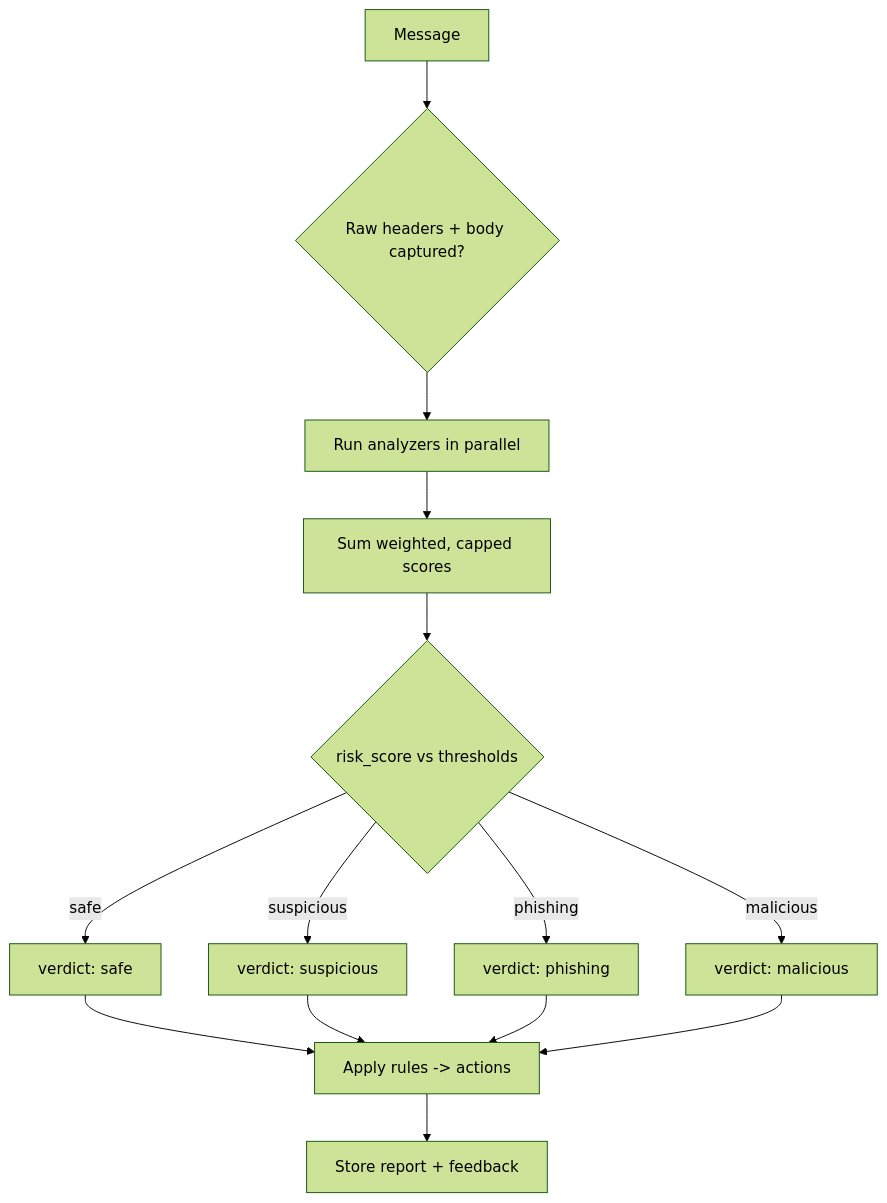
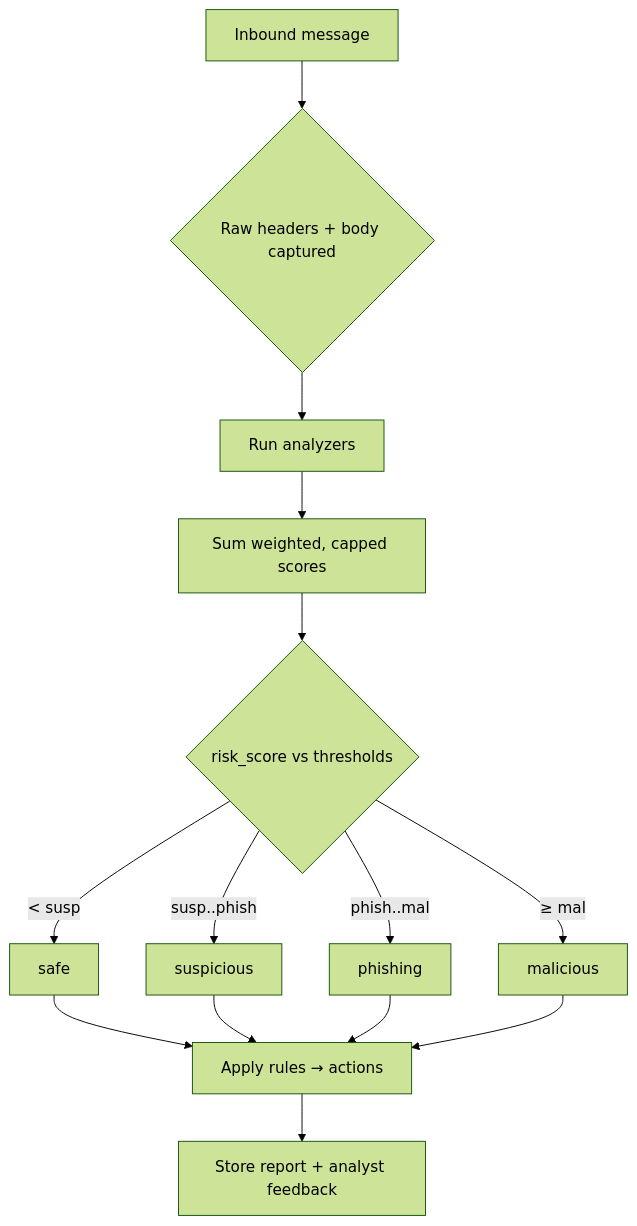
One commit to iampopg/PhishGuard changed the second of 2 diagrams in README.md. Above: the diagram before and after it, drawn with Mermaid (forest theme). The commit also changed other lines of this file and 1 other file, not shown here.

Commit message:
Rewrite README (detailed, diagrams, MIT license) + footer 'Star this project on GitHub'

````diff
--- a/README.md
+++ b/README.md
@@ -87,13 +139,13 @@
 ```mermaid
 flowchart TD
-  M[Message] --> H{Raw headers + body captured?}
-  H --> AZ[Run analyzers in parallel]
+  M[Inbound message] --> C{Raw headers + body captured}
+  C --> AZ[Run analyzers]
   AZ --> S[Sum weighted, capped scores]
-  S --> T{risk_score vs thresholds}
-  T -->|safe| O1[verdict: safe]
-  T -->|suspicious| O2[verdict: suspicious]
-  T -->|phishing| O3[verdict: phishing]
-  T -->|malicious| O4[verdict: malicious]
-  O1 & O2 & O3 & O4 --> A[Apply rules -> actions]
-  A --> ST[Store report + feedback]
+  S --> TH{risk_score vs thresholds}
+  TH -->|&lt; susp| O1[safe]
+  TH -->|susp..phish| O2[suspicious]
+  TH -->|phish..mal| O3[phishing]
+  TH -->|&ge; mal| O4[malicious]
+  O1 & O2 & O3 & O4 --> A[Apply rules → actions]
+  A --> ST[Store report + analyst feedback]
 ```
````
